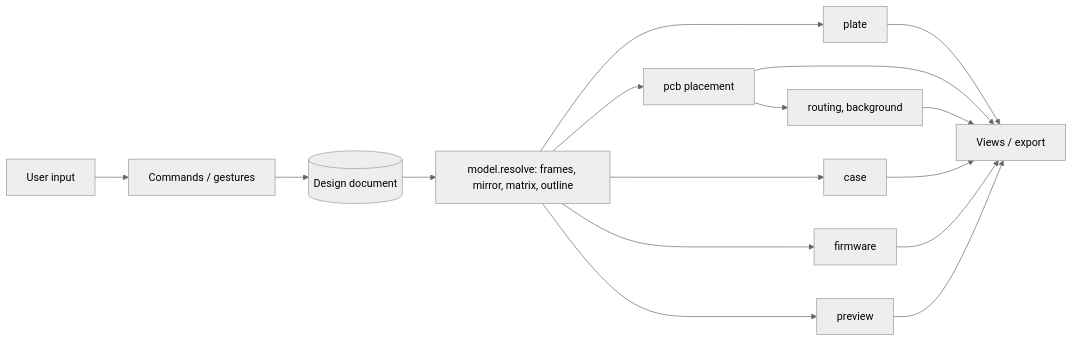
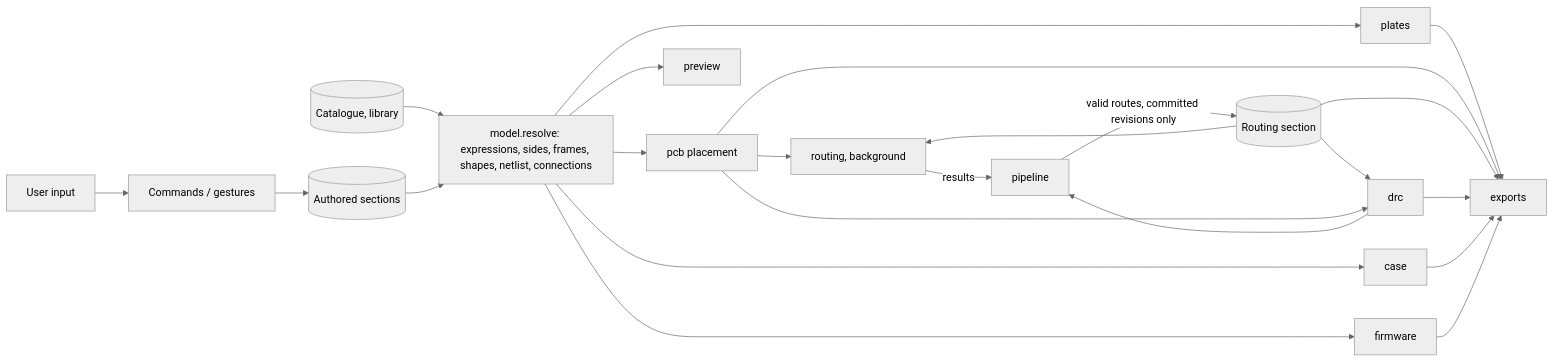
One commit to KeebCAD/keeb-cad changed the first of 3 diagrams in _bmad-output/architecture-keeb-cad-layout-model/architecture-keeb-cad-layout-model.md. Above: the diagram before and after it, drawn with Mermaid (neutral theme). The commit also changed other lines of this file and 6 other files, not shown here.

First line of the commit message:
docs: update keeb-cad architecture spine to milestone 1 PRD

````diff
--- a/_bmad-output/architecture-keeb-cad-layout-model/architecture-keeb-cad-layout-model.md
+++ b/_bmad-output/architecture-keeb-cad-layout-model/architecture-keeb-cad-layout-model.md
@@ -63,9 +106,15 @@
 ```mermaid
 graph LR
   U[User input] --> C[Commands / gestures]
-  C --> D[(Design document)]
-  D --> R["model.resolve: frames, mirror, matrix, outline"]
-  R --> S2[plate] & S3[pcb placement] & S4[case] & S5[firmware] & S6[preview]
-  S3 --> RT[routing, background]
-  S2 & S3 & RT & S4 & S5 & S6 --> V[Views / export]
+  C --> A[(Authored sections)]
+  CAT[(Catalogue, library)] --> R
+  A --> R["model.resolve: expressions, sides, frames, shapes, netlist, connections"]
+  R --> PL[plates] & PC[pcb placement] & CS[case] & FW[firmware] & PV[preview]
+  PC --> RT[routing, background]
+  RS[(Routing section)] --> RT & DR
+  PC --> DR[drc]
+  RT -->|results| P[pipeline]
+  DR --> P
+  P -->|valid routes, committed revisions only| RS
+  PL & PC & RS & DR & CS & FW --> EX[exports]
 ```
````
